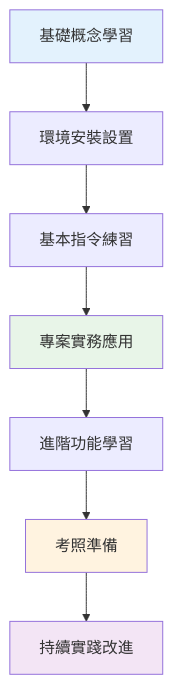
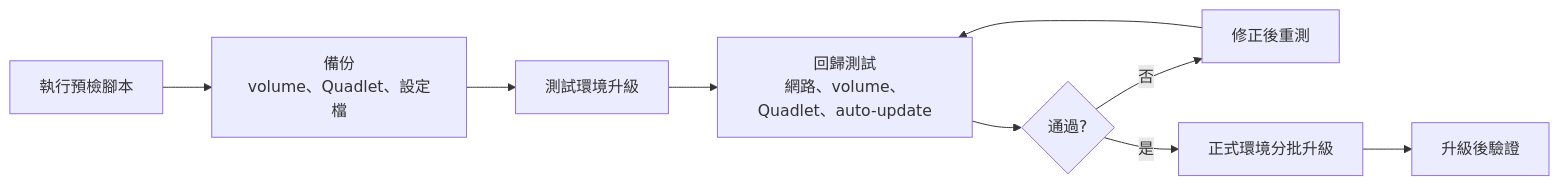
Before and after one commit to chihhung/Blog: diagram 17 of 18 in content/posts/教學/工具/Podman使用教學.md, drawn with Mermaid. The commit also changed other lines of this file and 10 other files, not shown here.

````diff
--- a/content/posts/教學/工具/Podman使用教學.md
+++ b/content/posts/教學/工具/Podman使用教學.md
@@ -3046,14 +3354,11 @@
 ```mermaid
-flowchart TD
-    A[基礎概念學習] --> B[環境安裝設置]
-    B --> C[基本指令練習]
-    C --> D[專案實務應用]
-    D --> E[進階功能學習]
-    E --> F[考照準備]
-    F --> G[持續實踐改進]
-    
-    style A fill:#e3f2fd
-    style D fill:#e8f5e8
-    style F fill:#fff3e0
-    style G fill:#f3e5f5
+flowchart LR
+    A[執行預檢腳本] --> B[備份<br/>volume、Quadlet、設定檔]
+    B --> C[測試環境升級]
+    C --> D[回歸測試<br/>網路、volume、Quadlet、auto-update]
+    D --> E{通過?}
+    E -->|否| F[修正後重測]
+    F --> D
+    E -->|是| G[正式環境分批升級]
+    G --> H[升級後驗證]
 ```
````
